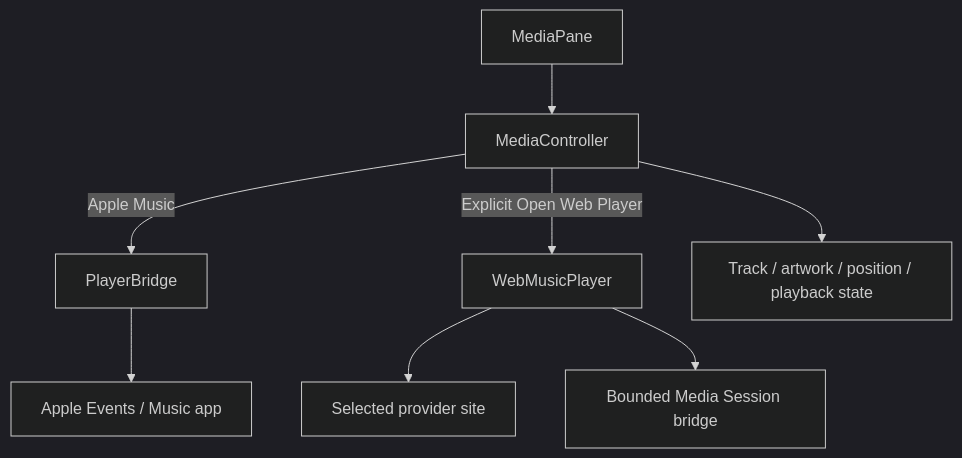
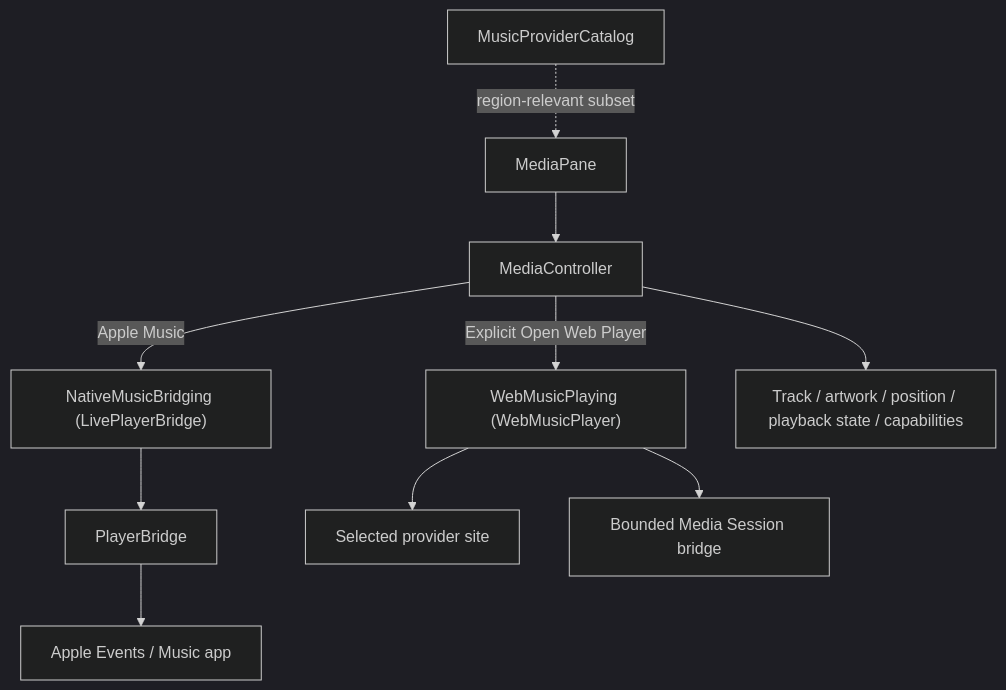
Before and after one commit to TumanovNV/impuls: the diagram in knowledge-base/02-modules/music.md, drawn with Mermaid (dark theme). The commit also changed other lines of this file and 25 other files, not shown here.

First line of the commit message:
1.4.16: Music / Now Playing 2.0 reliability (#96)

````diff
--- a/knowledge-base/02-modules/music.md
+++ b/knowledge-base/02-modules/music.md
@@ -21,10 +21,12 @@
 ```mermaid
 flowchart TD
     UI[MediaPane] --> MC[MediaController]
-    MC -->|Apple Music| PB[PlayerBridge]
+    MC -->|Apple Music| NB["NativeMusicBridging (LivePlayerBridge)"]
+    NB --> PB[PlayerBridge]
     PB --> AE[Apple Events / Music app]
-    MC -->|Explicit Open Web Player| WP[WebMusicPlayer]
-    WP --> MS[Selected provider site]
-    WP --> BR[Bounded Media Session bridge]
-    MC --> STATE[Track / artwork / position / playback state]
+    MC -->|Explicit Open Web Player| WMP["WebMusicPlaying (WebMusicPlayer)"]
+    WMP --> MS[Selected provider site]
+    WMP --> BR[Bounded Media Session bridge]
+    MC --> STATE[Track / artwork / position / playback state / capabilities]
+    CAT[MusicProviderCatalog] -.region-relevant subset.-> UI
 ```
````
